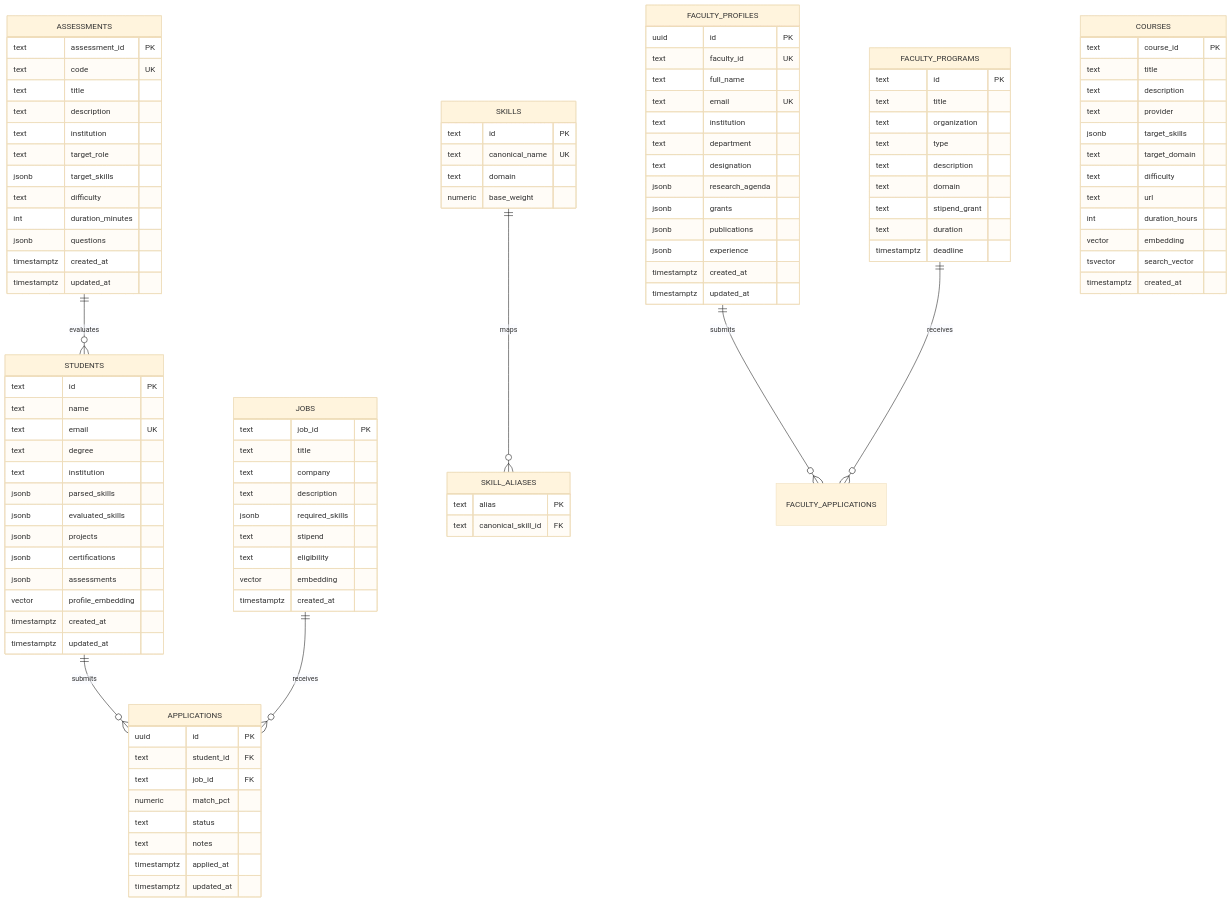
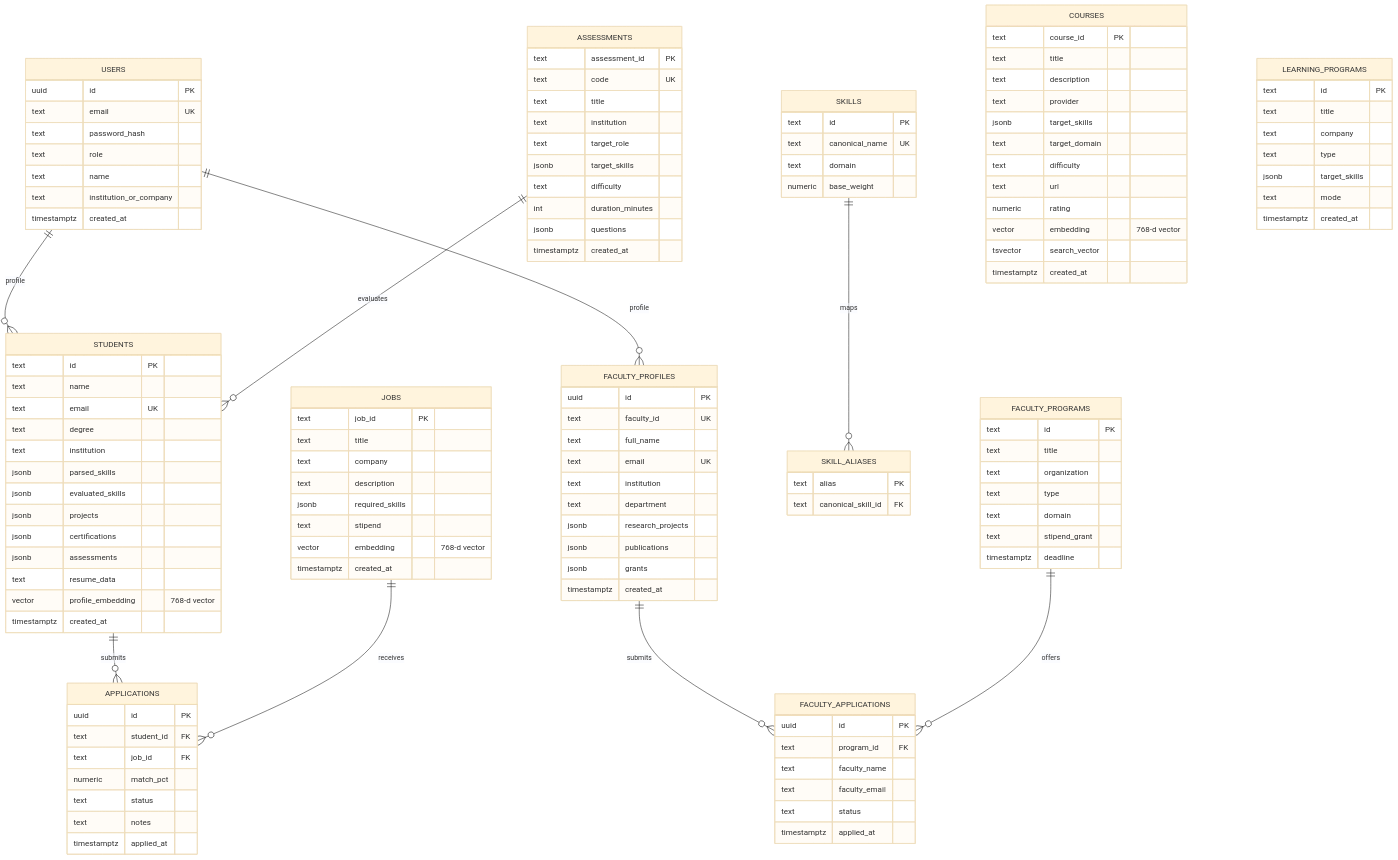
The second of 2 diagrams in ARCHITECTURE.md (PranavPurwar/SIH), drawn with Mermaid (base theme) before and after one commit. The commit also changed other lines of this file and 29 other files, not shown here.

````diff
--- a/ARCHITECTURE.md
+++ b/ARCHITECTURE.md
@@ -248,11 +179,23 @@
 ```mermaid
 erDiagram
+  USERS ||--o{ STUDENTS : profile
+  USERS ||--o{ FACULTY_PROFILES : profile
   STUDENTS ||--o{ APPLICATIONS : submits
   JOBS ||--o{ APPLICATIONS : receives
   SKILLS ||--o{ SKILL_ALIASES : maps
   ASSESSMENTS ||--o{ STUDENTS : evaluates
   FACULTY_PROFILES ||--o{ FACULTY_APPLICATIONS : submits
-  FACULTY_PROGRAMS ||--o{ FACULTY_APPLICATIONS : receives
+  FACULTY_PROGRAMS ||--o{ FACULTY_APPLICATIONS : offers
+
+  USERS {
+    uuid id PK
+    text email UK
+    text password_hash
+    text role
+    text name
+    text institution_or_company
+    timestamptz created_at
+  }
 
   STUDENTS {
     text id PK
@@ -265,9 +208,9 @@
     jsonb projects
     jsonb certifications
     jsonb assessments
-    vector profile_embedding
+    text resume_data
+    vector profile_embedding "768-d vector"
     timestamptz created_at
-    timestamptz updated_at
   }
 
   JOBS {
@@ -277,8 +220,7 @@
     text description
     jsonb required_skills
     text stipend
-    text eligibility
-    vector embedding
+    vector embedding "768-d vector"
     timestamptz created_at
   }
 
@@ -290,14 +232,12 @@
     text status
     text notes
     timestamptz applied_at
-    timestamptz updated_at
   }
 
   ASSESSMENTS {
     text assessment_id PK
     text code UK
     text title
-    text description
     text institution
     text target_role
     jsonb target_skills
@@ -305,7 +245,6 @@
     int duration_minutes
     jsonb questions
     timestamptz created_at
-    timestamptz updated_at
   }
 
   COURSES {
@@ -317,8 +256,8 @@
     text target_domain
     text difficulty
     text url
-    int duration_hours
-    vector embedding
+    numeric rating
+    vector embedding "768-d vector"
     tsvector search_vector
     timestamptz created_at
   }
@@ -330,13 +269,10 @@
     text email UK
     text institution
     text department
-    text designation
-    jsonb research_agenda
+    jsonb research_projects
+    jsonb publications
     jsonb grants
-    jsonb publications
-    jsonb experience
     timestamptz created_at
-    timestamptz updated_at
   }
 
   FACULTY_PROGRAMS {
@@ -344,11 +280,28 @@
     text title
     text organization
     text type
-    text description
     text domain
     text stipend_grant
-    text duration
     timestamptz deadline
+  }
+
+  FACULTY_APPLICATIONS {
+    uuid id PK
+    text program_id FK
+    text faculty_name
+    text faculty_email
+    text status
+    timestamptz applied_at
+  }
+
+  LEARNING_PROGRAMS {
+    text id PK
+    text title
+    text company
+    text type
+    jsonb target_skills
+    text mode
+    timestamptz created_at
   }
 
   SKILLS {
````
